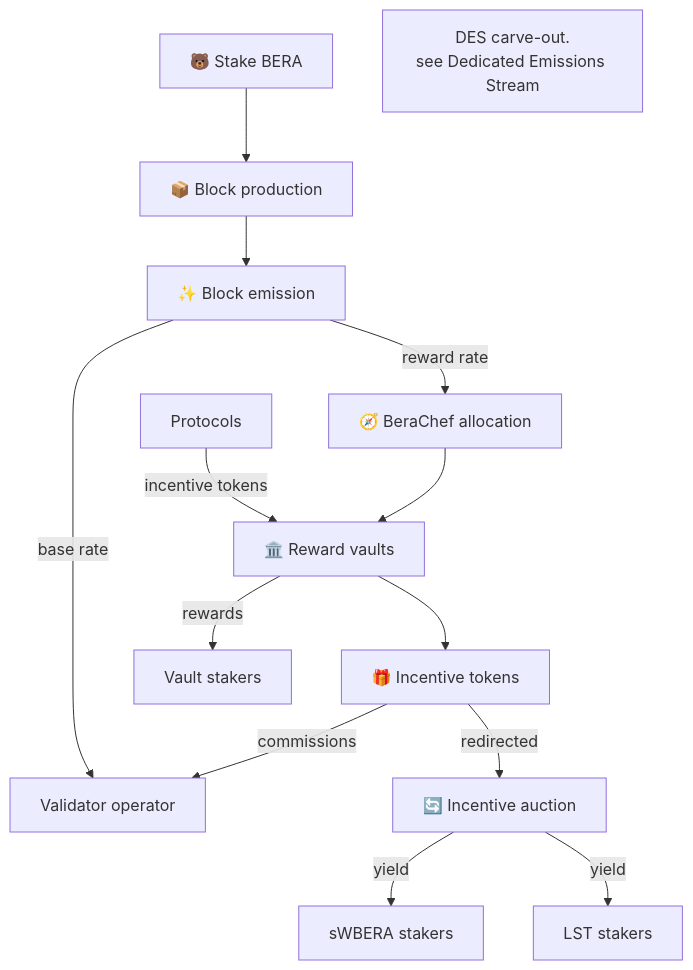
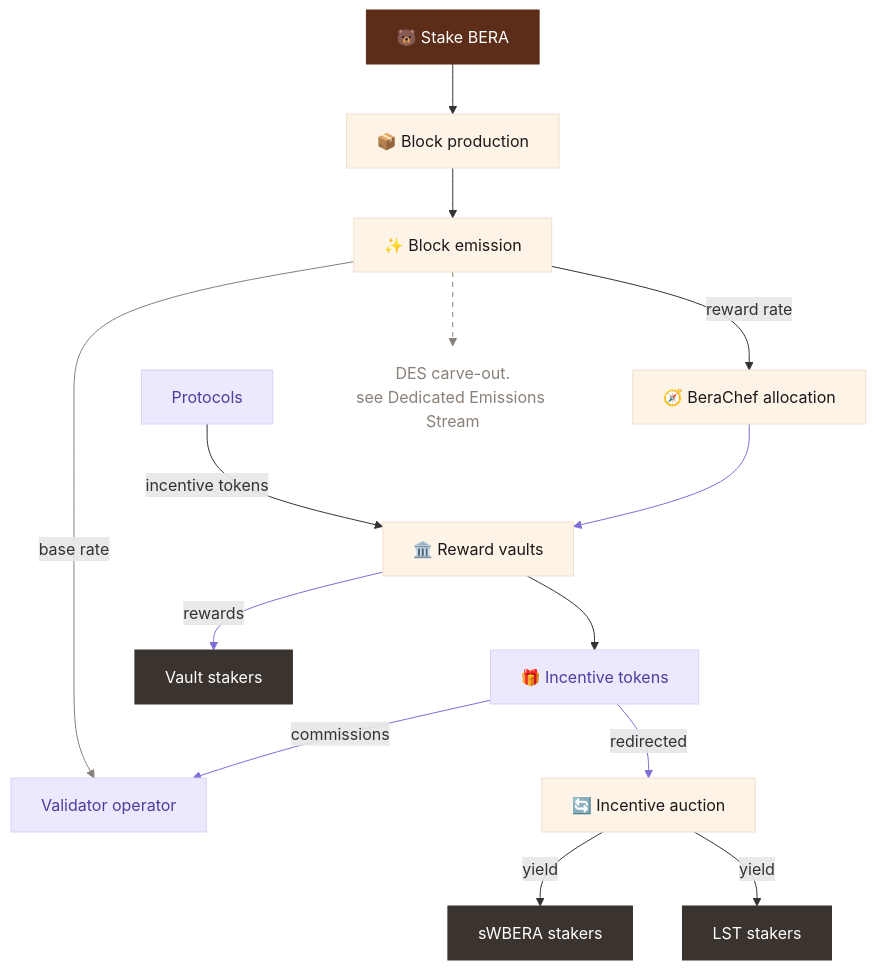
Before and after one commit to berachain/docs: the diagram in general/proof-of-liquidity/overview.mdx, drawn with Mermaid.

Commit message:
Updated mintlify pages
- Updated general/proof-of-liquidity/overview.mdx

Mintlify-Source: dashboard-editor

````diff
--- a/general/proof-of-liquidity/overview.mdx
+++ b/general/proof-of-liquidity/overview.mdx
@@ -16,29 +16,49 @@
 ```mermaid actions={false}
 flowchart TD
     stake["🐻 Stake BERA"]
     production["📦 Block production"]
     emission["✨ Block emission"]
     validator["Validator operator"]
     berachef["🧭 BeraChef allocation"]
     protocols["Protocols"]
     vaults["🏛️ Reward vaults"]
     vaultStakers["Vault stakers"]
     incentives["🎁 Incentive tokens"]
     auction["🔄 Incentive auction"]
     swbera["sWBERA stakers"]
     lst["LST stakers"]
     des["DES carve-out.<br/>see Dedicated Emissions Stream"]
 
     stake --> production
     production --> emission
     emission -- "base rate" --> validator
+    emission --> des
     emission -- "reward rate" --> berachef
     berachef --> vaults
     protocols -- "incentive tokens" --> vaults
     vaults -- "rewards" --> vaultStakers
     vaults --> incentives
     incentives -- "commissions" --> validator
     incentives -- "redirected" --> auction
     auction -- "yield" --> swbera
     auction -- "yield" --> lst
+
+    classDef brown fill:#5c2e1a,stroke:#5c2e1a,color:#fff
+    classDef cream fill:#fdf3e7,stroke:#f0e0cc,color:#1a1a1a
+    classDef purple fill:#ece8fd,stroke:#d9d2fb,color:#4c3f9e
+    classDef dark fill:#3a332e,stroke:#3a332e,color:#fff
+    classDef ghost fill:none,stroke:none,color:#8a8078
+
+    class stake brown
+    class production,emission,berachef,vaults,auction cream
+    class validator,protocols,incentives purple
+    class vaultStakers,swbera,lst dark
+    class des ghost
+
+    linkStyle 2 stroke:#8a8078
+    linkStyle 3 stroke:#8a8078,stroke-dasharray:5 5
+    linkStyle 5 stroke:#7c6fd6
+    linkStyle 7 stroke:#7c6fd6
+    linkStyle 9 stroke:#7c6fd6
+    linkStyle 10 stroke:#7c6fd6
 ```
````
